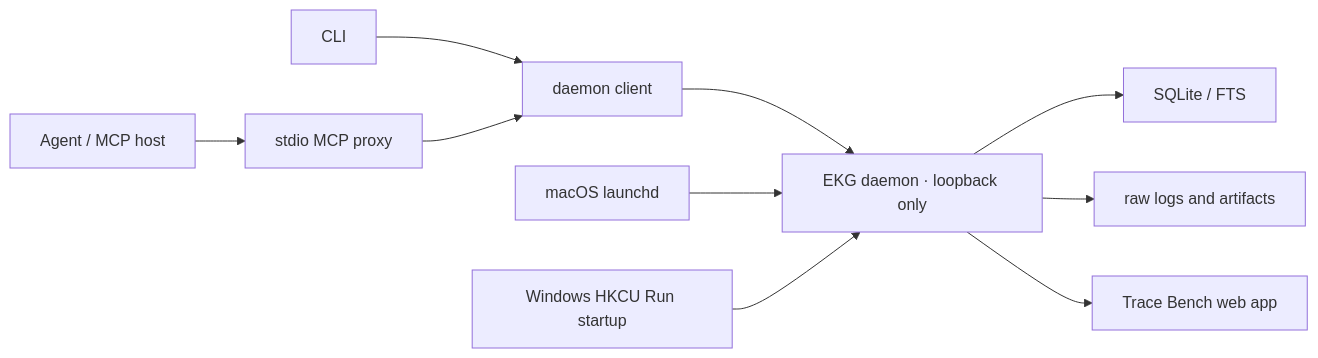
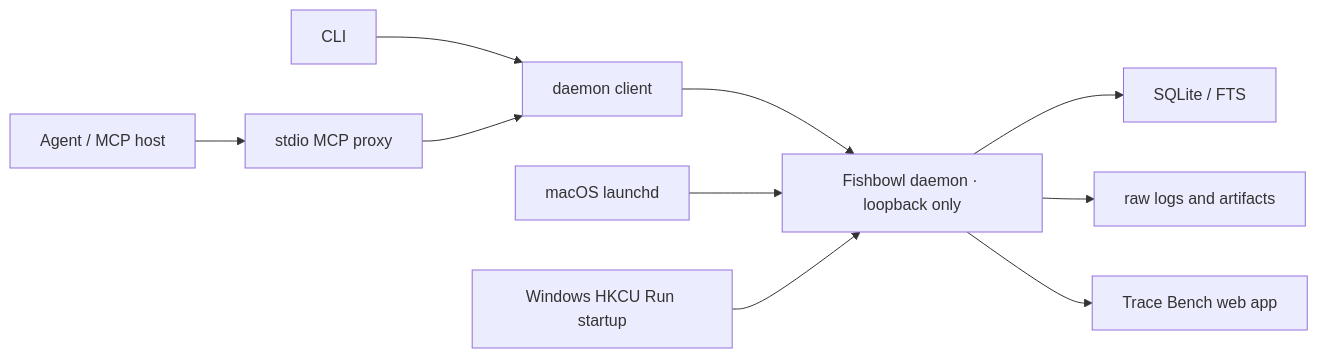
One commit to nimocat/fishbowl changed the diagram in docs/superpowers/specs/2026-07-15-daemon-relevance-speed-design.md. Above: the diagram before and after it, drawn with Mermaid. The commit also changed other lines of this file and 143 other files, not shown here.

Commit message:
feat!: rename engineering knowledge graph to fishbowl

````diff
--- a/docs/superpowers/specs/2026-07-15-daemon-relevance-speed-design.md
+++ b/docs/superpowers/specs/2026-07-15-daemon-relevance-speed-design.md
@@ -46,12 +46,12 @@
 ```mermaid
 flowchart LR
     A["Agent / MCP host"] --> B["stdio MCP proxy"]
     C["CLI"] --> D["daemon client"]
     B --> D
-    D --> E["EKG daemon · loopback only"]
+    D --> E["Fishbowl daemon · loopback only"]
     E --> F["SQLite / FTS"]
     E --> G["raw logs and artifacts"]
     E --> H["Trace Bench web app"]
     I["macOS launchd"] --> E
     J["Windows HKCU Run startup"] --> E
 ```
````
